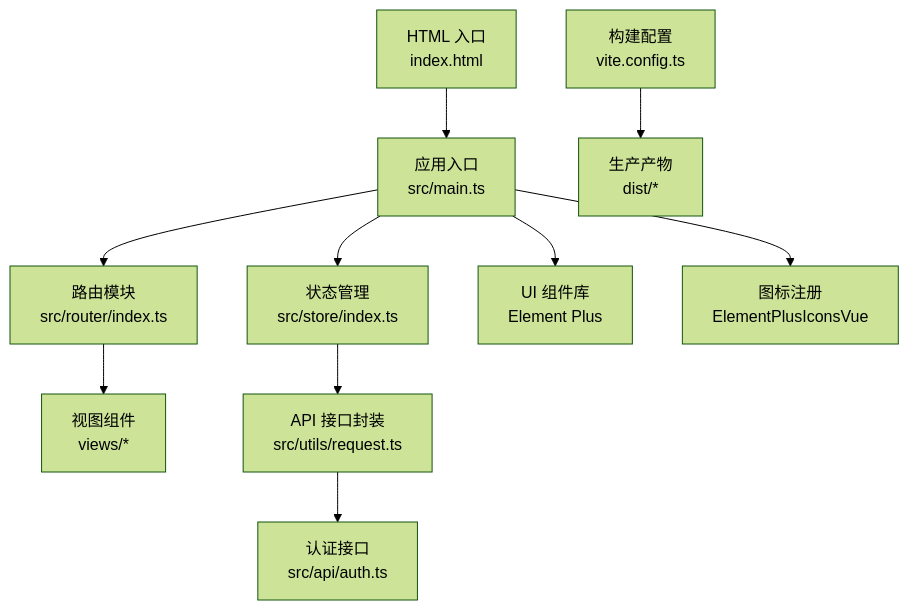
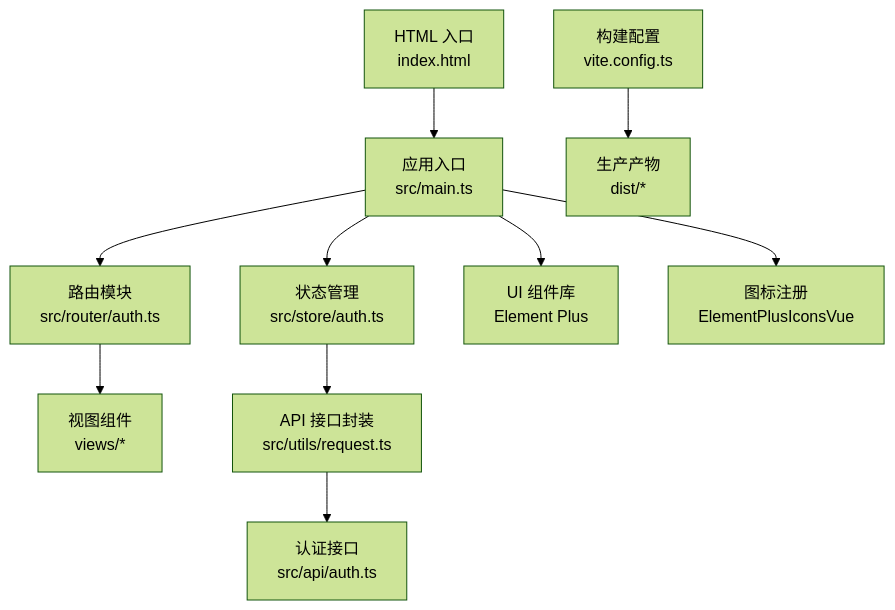
Before and after one commit to qiseyun/vue-ts-admin: the first of 5 diagrams in .qoder/repowiki/zh/content/部署指南.md, drawn with Mermaid (forest theme). The commit also changed other lines of this file and 42 other files, not shown here.

````diff
--- a/.qoder/repowiki/zh/content/部署指南.md
+++ b/.qoder/repowiki/zh/content/部署指南.md
@@ -37,12 +37,12 @@
 ```mermaid
 graph TB
-A["应用入口<br/>src/main.ts"] --> B["路由模块<br/>src/router/index.ts"]
-A --> C["状态管理<br/>src/store/index.ts"]
+A["应用入口<br/>src/main.ts"] --> B["路由模块<br/>src/router/auth.ts"]
+A --> C["状态管理<br/>src/store/auth.ts"]
 A --> D["UI 组件库<br/>Element Plus"]
 A --> E["图标注册<br/>ElementPlusIconsVue"]
 B --> F["视图组件<br/>views/*"]
 C --> G["API 接口封装<br/>src/utils/request.ts"]
 G --> H["认证接口<br/>src/api/auth.ts"]
 I["构建配置<br/>vite.config.ts"] --> J["生产产物<br/>dist/*"]
 K["HTML 入口<br/>index.html"] --> A
 ```
````
